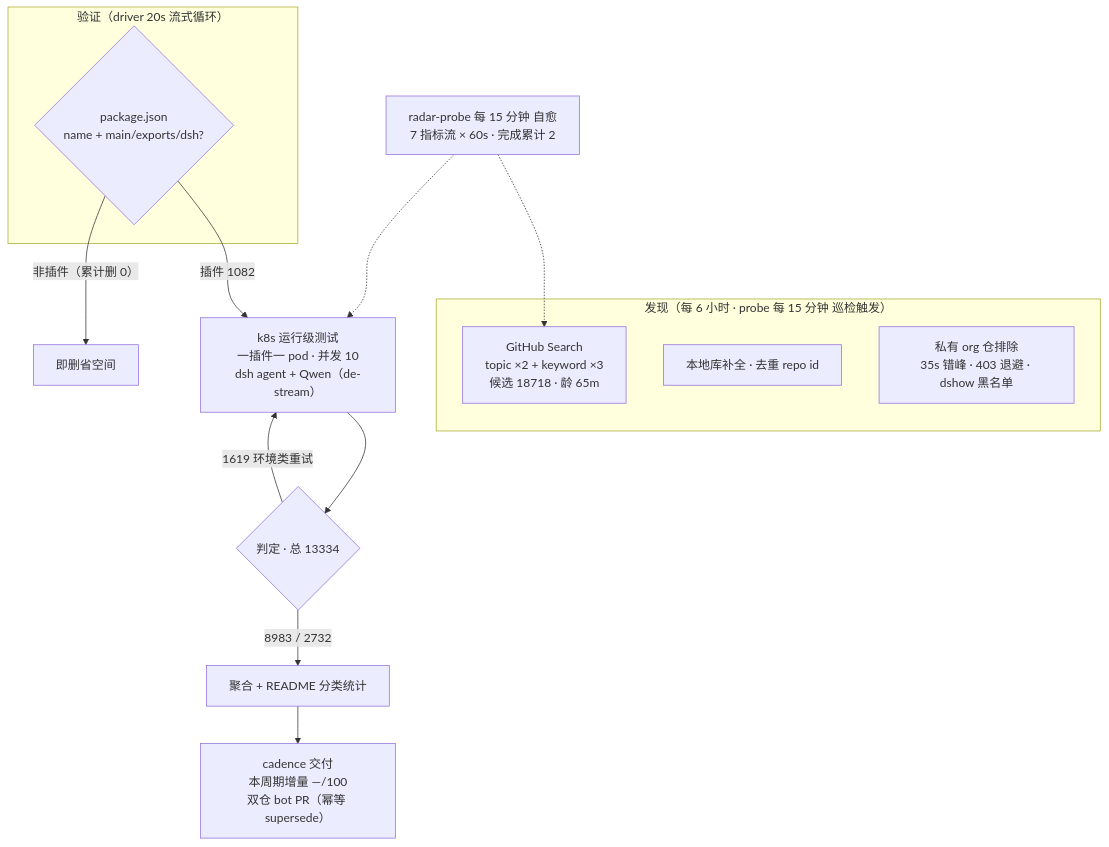
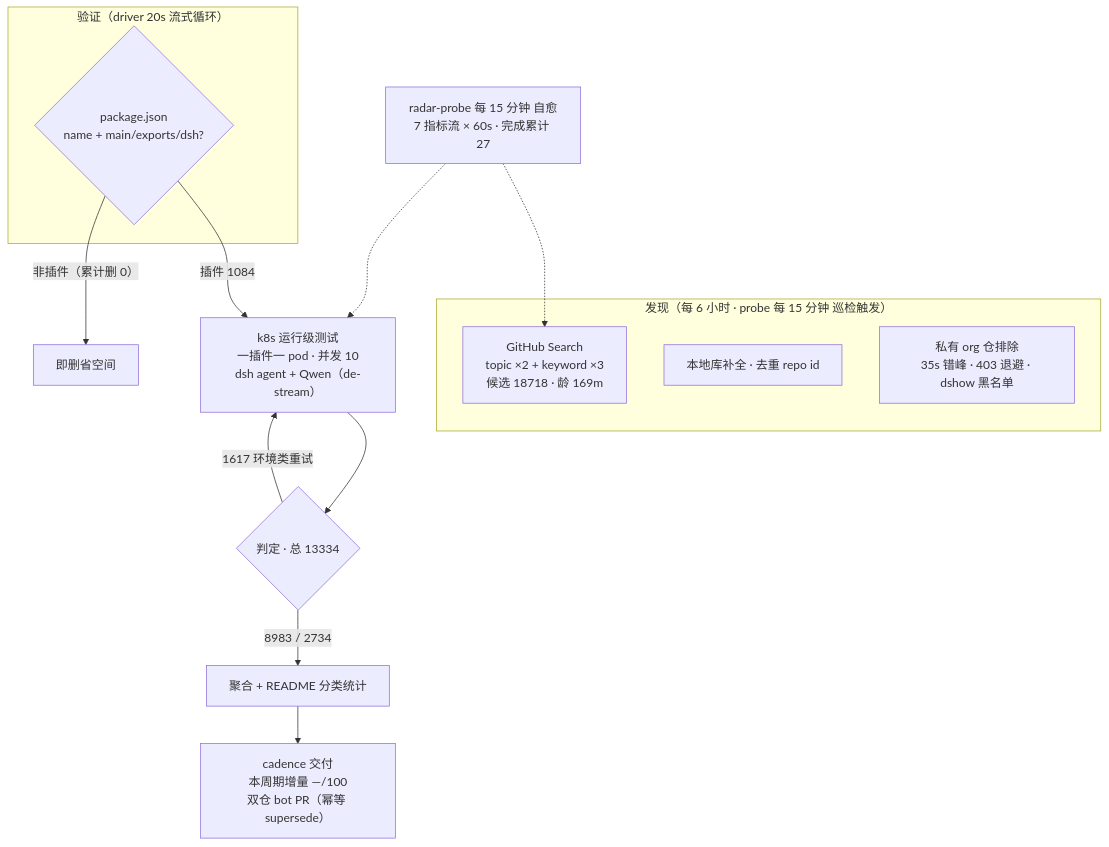
Before and after one commit to AdamPlatin123/dsh-plugin-radar: the diagram in README.md, drawn with Mermaid. The commit also changed other lines of this file and 6 other files, not shown here.

````diff
--- a/README.md
+++ b/README.md
@@ -52,20 +52,20 @@
 ```mermaid
 flowchart TB
     subgraph Discovery["发现（每 6 小时 · probe 每 15 分钟 巡检触发）"]
-        A1["GitHub Search<br/>topic ×2 + keyword ×3<br/>候选 18718 · 龄 65m"]
+        A1["GitHub Search<br/>topic ×2 + keyword ×3<br/>候选 18718 · 龄 169m"]
         A2["本地库补全 · 去重 repo id"]
         A3["私有 org 仓排除<br/>35s 错峰 · 403 退避 · dshow 黑名单"]
     end
     subgraph Validation["验证（driver 20s 流式循环）"]
         B1{"package.json<br/>name + main/exports/dsh?"}
     end
-    B1 -->|"插件 1082"| C1["k8s 运行级测试<br/>一插件一 pod · 并发 10<br/>dsh agent + Qwen（de-stream）"]
+    B1 -->|"插件 1084"| C1["k8s 运行级测试<br/>一插件一 pod · 并发 10<br/>dsh agent + Qwen（de-stream）"]
     B1 -->|"非插件（累计删 0）"| B3["即删省空间"]
     C1 --> D1{"判定 · 总 13334"}
-    D1 -->|"8983 / 2732"| E1["聚合 + README 分类统计"]
-    D1 -->|"1619 环境类重试"| C1
+    D1 -->|"8983 / 2734"| E1["聚合 + README 分类统计"]
+    D1 -->|"1617 环境类重试"| C1
     E1 --> E2["cadence 交付<br/>本周期增量 —/100<br/>双仓 bot PR（幂等 supersede）"]
-    M["radar-probe 每 15 分钟 自愈<br/>7 指标流 × 60s · 完成累计 2"]
+    M["radar-probe 每 15 分钟 自愈<br/>7 指标流 × 60s · 完成累计 27"]
     M -.-> A1
     M -.-> C1
 ```
````
